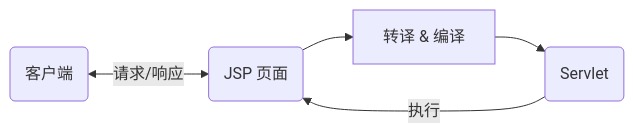
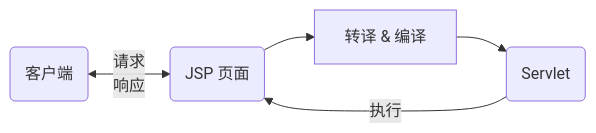
Before and after one commit to domeniczz/learnJavaDev: the fourth of 7 diagrams in Basics/Web开发基础.md, drawn with Mermaid. The commit also changed other lines of this file and 6 other files, not shown here.

````diff
--- a/Basics/Web开发基础.md
+++ b/Basics/Web开发基础.md
@@ -2045,7 +2259,7 @@
 ```mermaid
 flowchart LR
-  A("客户端") <--请求/响应--> B("JSP 页面")
+  A("客户端") <--"请求<br/>响应"--> B("JSP 页面")
   B("JSP 页面") --> C["转译 & 编译"]
   C["转译 & 编译"] --> D("Servlet")
   D("Servlet") -- 执行 --> B("JSP 页面")
 ```
````
